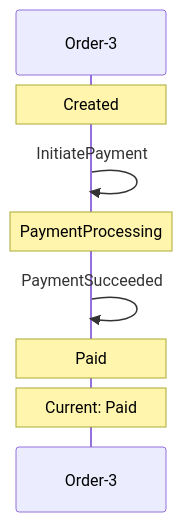
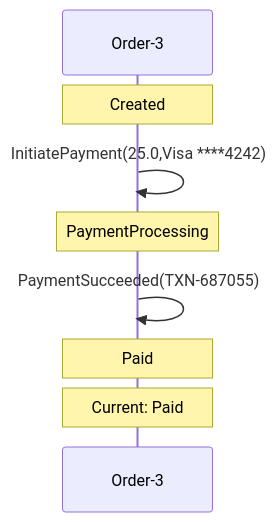
Before and after one commit to Iterable/mechanoid: the second of 3 diagrams in docs/visualizations/order-3-trace.md, drawn with Mermaid. The commit also changed other lines of this file and 33 other files, not shown here.

````diff
--- a/docs/visualizations/order-3-trace.md
+++ b/docs/visualizations/order-3-trace.md
@@ -45,10 +45,10 @@
 ```mermaid
 sequenceDiagram
     participant FSM as Order-3
     Note over FSM: Created
-    FSM->>FSM: InitiatePayment
+    FSM->>FSM: InitiatePayment(25.0,Visa ****4242)
     Note over FSM: PaymentProcessing
-    FSM->>FSM: PaymentSucceeded
+    FSM->>FSM: PaymentSucceeded(TXN-687055)
     Note over FSM: Paid
     Note over FSM: Current: Paid
 ```
````
